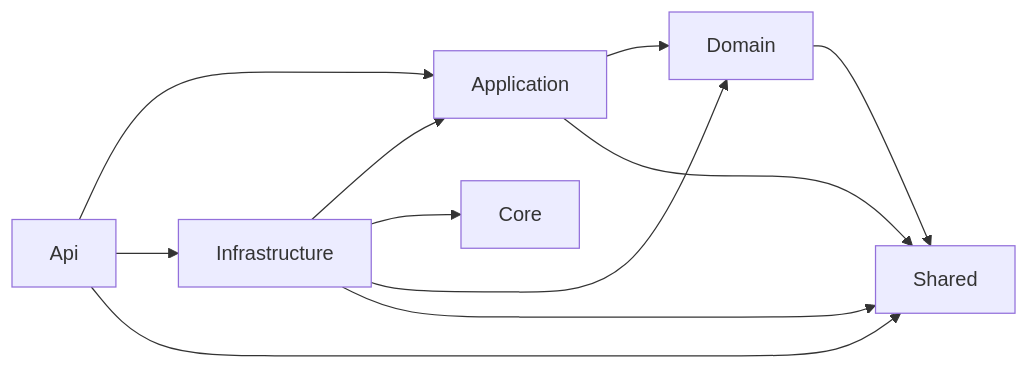
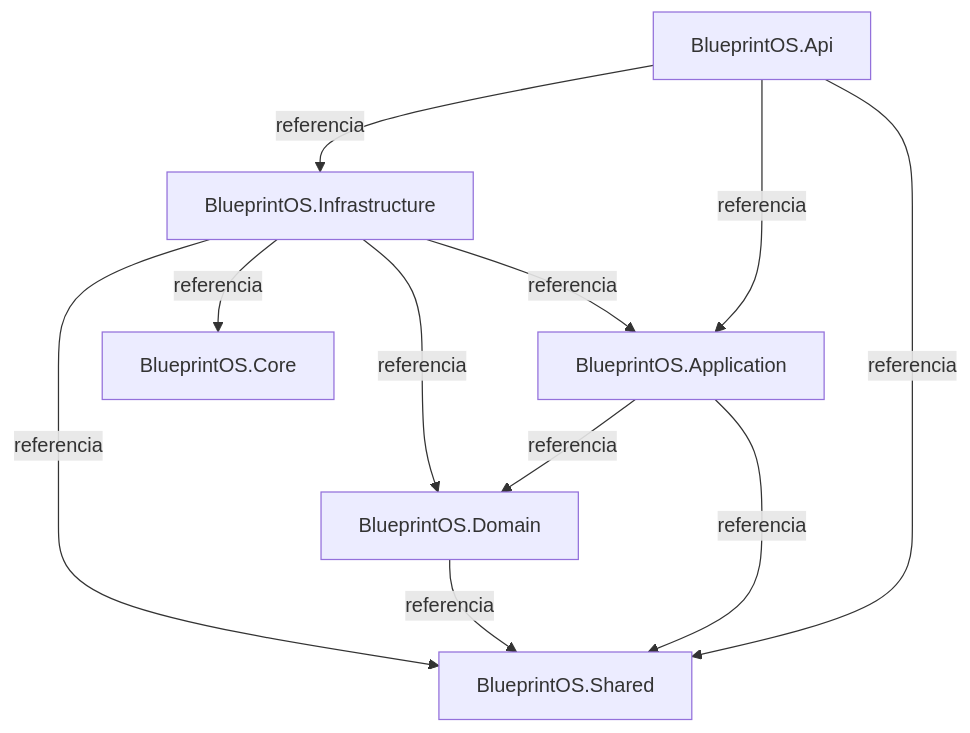
The diagram in docs/executive/BlueprintOS_Executive_Blueprint.md (Julio10r/SOMA-BlueprintOS), drawn with Mermaid before and after one commit. The commit also changed other lines of this file and 58 other files, not shown here.

````diff
--- a/docs/executive/BlueprintOS_Executive_Blueprint.md
+++ b/docs/executive/BlueprintOS_Executive_Blueprint.md
@@ -121,13 +114,19 @@
 ```mermaid
-flowchart LR
- API[Api] --> Application
- API --> Infrastructure
- API --> Shared
- Infrastructure --> Application
- Infrastructure --> Core
- Infrastructure --> Domain
- Infrastructure --> Shared
- Application --> Domain
- Application --> Shared
- Domain --> Shared
+graph TD
+    Api[BlueprintOS.Api]
+    Application[BlueprintOS.Application]
+    Domain[BlueprintOS.Domain]
+    Infrastructure[BlueprintOS.Infrastructure]
+    Core[BlueprintOS.Core]
+    Shared[BlueprintOS.Shared]
+    Api -->|referencia| Application
+    Api -->|referencia| Infrastructure
+    Api -->|referencia| Shared
+    Application -->|referencia| Domain
+    Application -->|referencia| Shared
+    Domain -->|referencia| Shared
+    Infrastructure -->|referencia| Application
+    Infrastructure -->|referencia| Core
+    Infrastructure -->|referencia| Domain
+    Infrastructure -->|referencia| Shared
 ```
````
